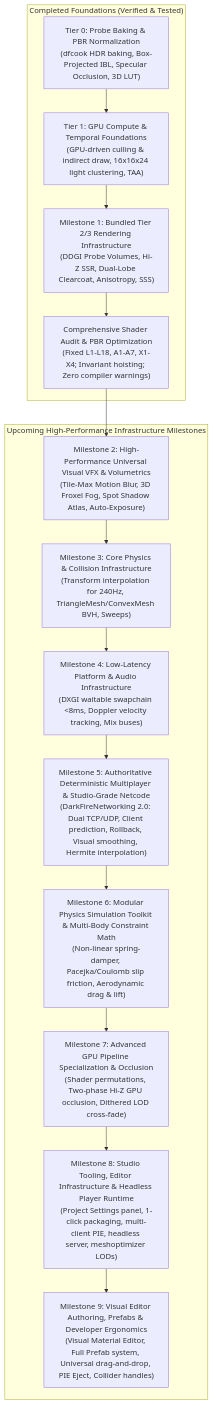
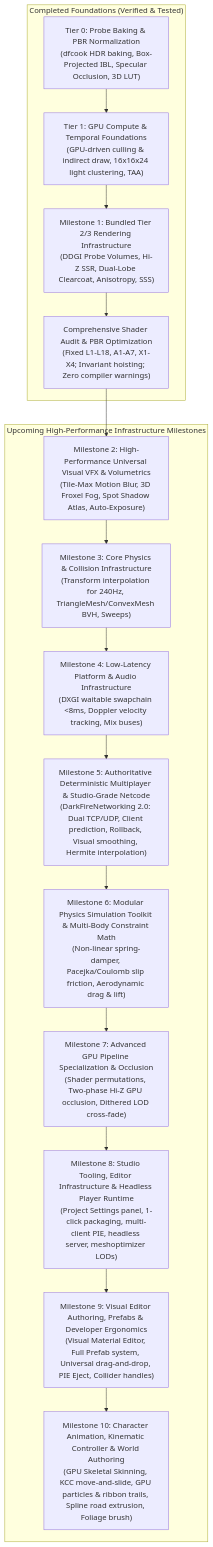
Before and after one commit to Omar0Gamal/DarkFire: the first of 7 diagrams in RENDERING_ROADMAP.md, drawn with Mermaid. The commit also changed other lines of this file, not shown here.

Commit message:
docs: add Milestone 10 (Skeletal Animation, KCC, GPU Particles, Spline Extrusion, Foliage Brush) to RENDERING_ROADMAP.md

````diff
--- a/RENDERING_ROADMAP.md
+++ b/RENDERING_ROADMAP.md
@@ -17,32 +17,34 @@
 ```mermaid
 flowchart TD
     subgraph CompletedFoundations["Completed Foundations (Verified & Tested)"]
         Tier0["Tier 0: Probe Baking & PBR Normalization\n(dfcook HDR baking, Box-Projected IBL, Specular Occlusion, 3D LUT)"]
         Tier1["Tier 1: GPU Compute & Temporal Foundations\n(GPU-driven culling & indirect draw, 16x16x24 light clustering, TAA)"]
         Milestone1["Milestone 1: Bundled Tier 2/3 Rendering Infrastructure\n(DDGI Probe Volumes, Hi-Z SSR, Dual-Lobe Clearcoat, Anisotropy, SSS)"]
         AuditMilestone["Comprehensive Shader Audit & PBR Optimization\n(Fixed L1-L18, A1-A7, X1-X4; Invariant hoisting; Zero compiler warnings)"]
     end
 
     subgraph ActiveAndUpcoming["Upcoming High-Performance Infrastructure Milestones"]
         Milestone2["Milestone 2: High-Performance Universal Visual VFX & Volumetrics\n(Tile-Max Motion Blur, 3D Froxel Fog, Spot Shadow Atlas, Auto-Exposure)"]
         Milestone3["Milestone 3: Core Physics & Collision Infrastructure\n(Transform interpolation for 240Hz, TriangleMesh/ConvexMesh BVH, Sweeps)"]
         Milestone4["Milestone 4: Low-Latency Platform & Audio Infrastructure\n(DXGI waitable swapchain <8ms, Doppler velocity tracking, Mix buses)"]
         Milestone5["Milestone 5: Authoritative Deterministic Multiplayer & Studio-Grade Netcode\n(DarkFireNetworking 2.0: Dual TCP/UDP, Client prediction, Rollback, Visual smoothing, Hermite interpolation)"]
         Milestone6["Milestone 6: Modular Physics Simulation Toolkit & Multi-Body Constraint Math\n(Non-linear spring-damper, Pacejka/Coulomb slip friction, Aerodynamic drag & lift)"]
         Milestone7["Milestone 7: Advanced GPU Pipeline Specialization & Occlusion\n(Shader permutations, Two-phase Hi-Z GPU occlusion, Dithered LOD cross-fade)"]
         Milestone8["Milestone 8: Studio Tooling, Editor Infrastructure & Headless Player Runtime\n(Project Settings panel, 1-click packaging, multi-client PIE, headless server, meshoptimizer LODs)"]
         Milestone9["Milestone 9: Visual Editor Authoring, Prefabs & Developer Ergonomics\n(Visual Material Editor, Full Prefab system, Universal drag-and-drop, PIE Eject, Collider handles)"]
+        Milestone10["Milestone 10: Character Animation, Kinematic Controller & World Authoring\n(GPU Skeletal Skinning, KCC move-and-slide, GPU particles & ribbon trails, Spline road extrusion, Foliage brush)"]
     end
 
     Tier0 --> Tier1
     Tier1 --> Milestone1
     Milestone1 --> AuditMilestone
     AuditMilestone --> Milestone2
     Milestone2 --> Milestone3
     Milestone3 --> Milestone4
     Milestone4 --> Milestone5
     Milestone5 --> Milestone6
     Milestone6 --> Milestone7
     Milestone7 --> Milestone8
     Milestone8 --> Milestone9
+    Milestone9 --> Milestone10
 ```
````
